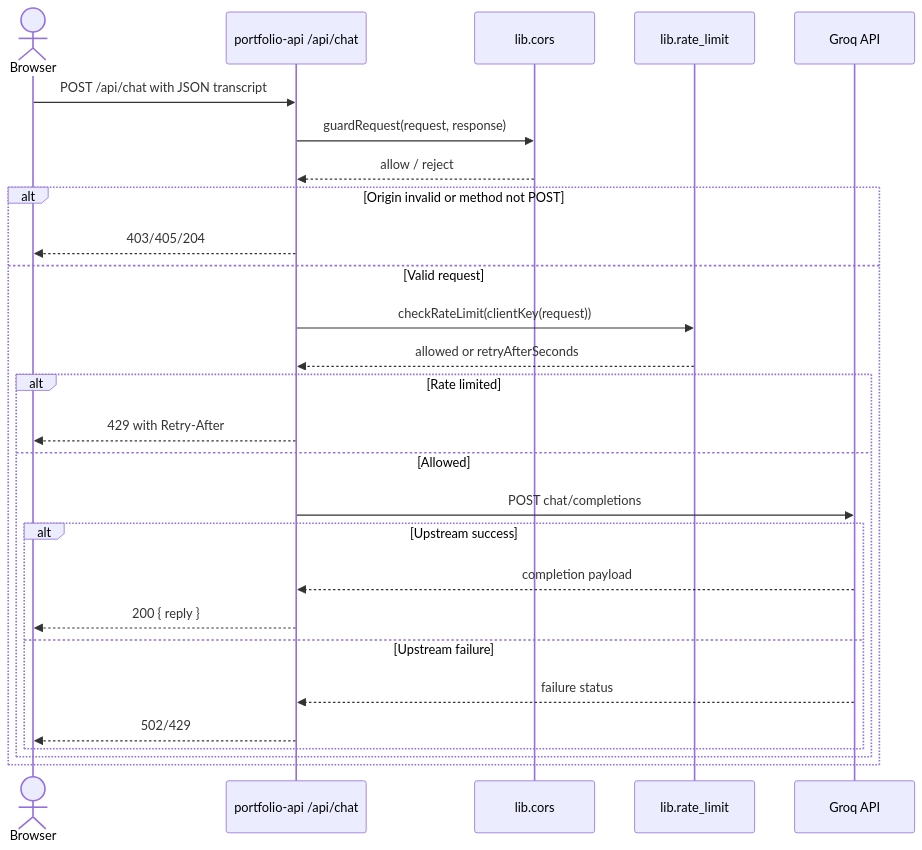
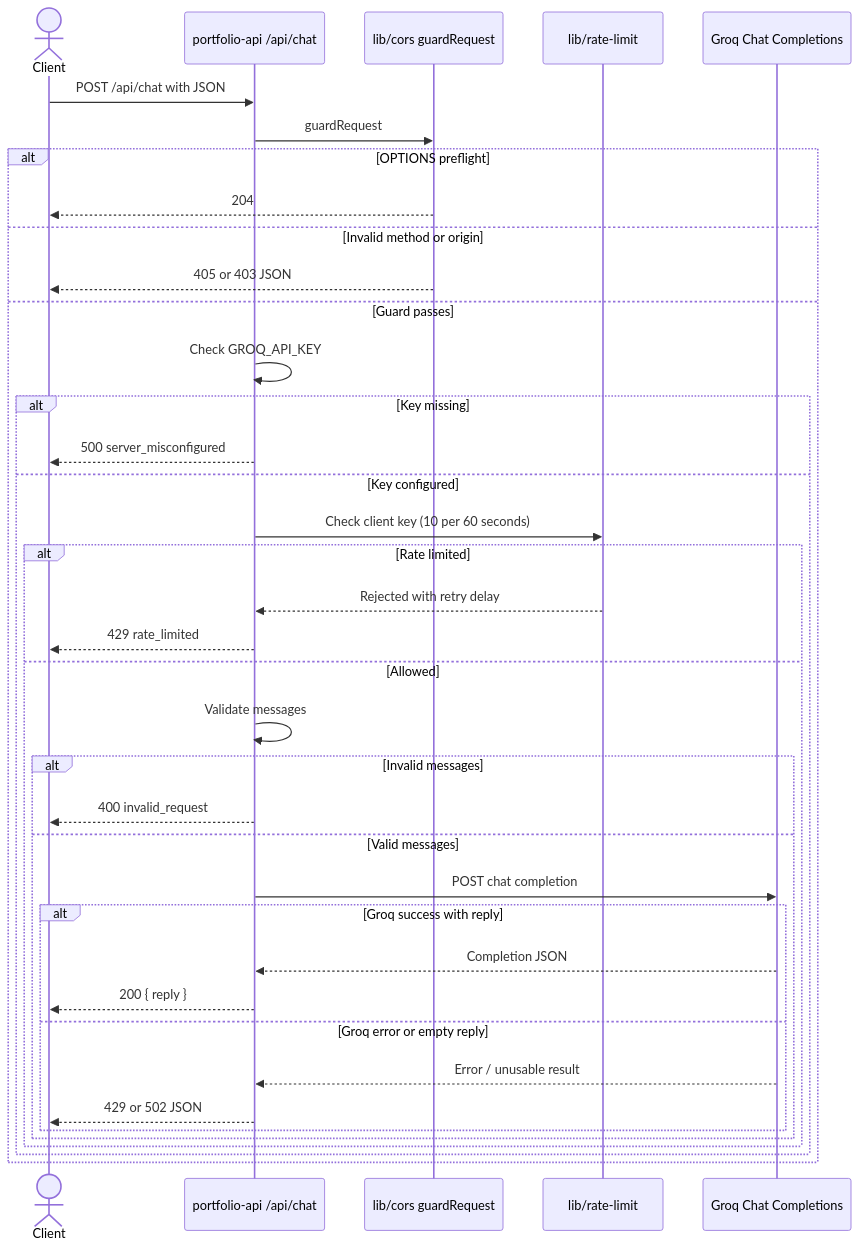
One commit to ipondnakab/ipondnakab.github.io changed the diagram in portfolio-api/docs/api/chat.md. Above: the diagram before and after it, drawn with Mermaid. The commit also changed other lines of this file and 23 other files, not shown here.

````diff
--- a/portfolio-api/docs/api/chat.md
+++ b/portfolio-api/docs/api/chat.md
@@ -98,30 +106,41 @@
 ```mermaid
 sequenceDiagram
-    actor Browser
+    actor Client
     participant API as portfolio-api /api/chat
-    participant Guard as lib.cors
-    participant Limit as lib.rate_limit
-    participant Groq as Groq API
+    participant Guard as lib/cors guardRequest
+    participant Limit as lib/rate-limit
+    participant Groq as Groq Chat Completions
 
-    Browser->>API: POST /api/chat with JSON transcript
-    API->>Guard: guardRequest(request, response)
-    Guard-->>API: allow / reject
-    alt Origin invalid or method not POST
-        API-->>Browser: 403/405/204
-    else Valid request
-        API->>Limit: checkRateLimit(clientKey(request))
-        Limit-->>API: allowed or retryAfterSeconds
-        alt Rate limited
-            API-->>Browser: 429 with Retry-After
-        else Allowed
-            API->>Groq: POST chat/completions
-            alt Upstream success
-                Groq-->>API: completion payload
-                API-->>Browser: 200 { reply }
-            else Upstream failure
-                Groq-->>API: failure status
-                API-->>Browser: 502/429
+    Client->>API: POST /api/chat with JSON
+    API->>Guard: guardRequest
+    alt OPTIONS preflight
+        Guard-->>Client: 204
+    else Invalid method or origin
+        Guard-->>Client: 405 or 403 JSON
+    else Guard passes
+        API->>API: Check GROQ_API_KEY
+        alt Key missing
+            API-->>Client: 500 server_misconfigured
+        else Key configured
+            API->>Limit: Check client key (10 per 60 seconds)
+            alt Rate limited
+                Limit-->>API: Rejected with retry delay
+                API-->>Client: 429 rate_limited
+            else Allowed
+                API->>API: Validate messages
+                alt Invalid messages
+                    API-->>Client: 400 invalid_request
+                else Valid messages
+                    API->>Groq: POST chat completion
+                    alt Groq success with reply
+                        Groq-->>API: Completion JSON
+                        API-->>Client: 200 { reply }
+                    else Groq error or empty reply
+                        Groq-->>API: Error / unusable result
+                        API-->>Client: 429 or 502 JSON
+                    end
+                end
             end
         end
     end
 ```
````
